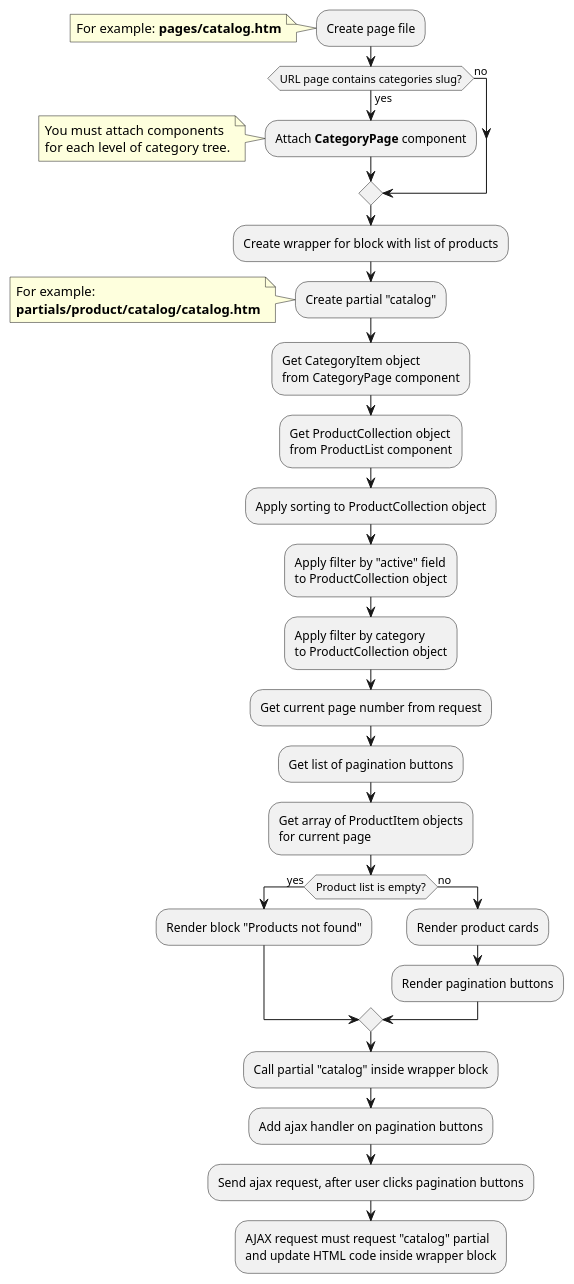
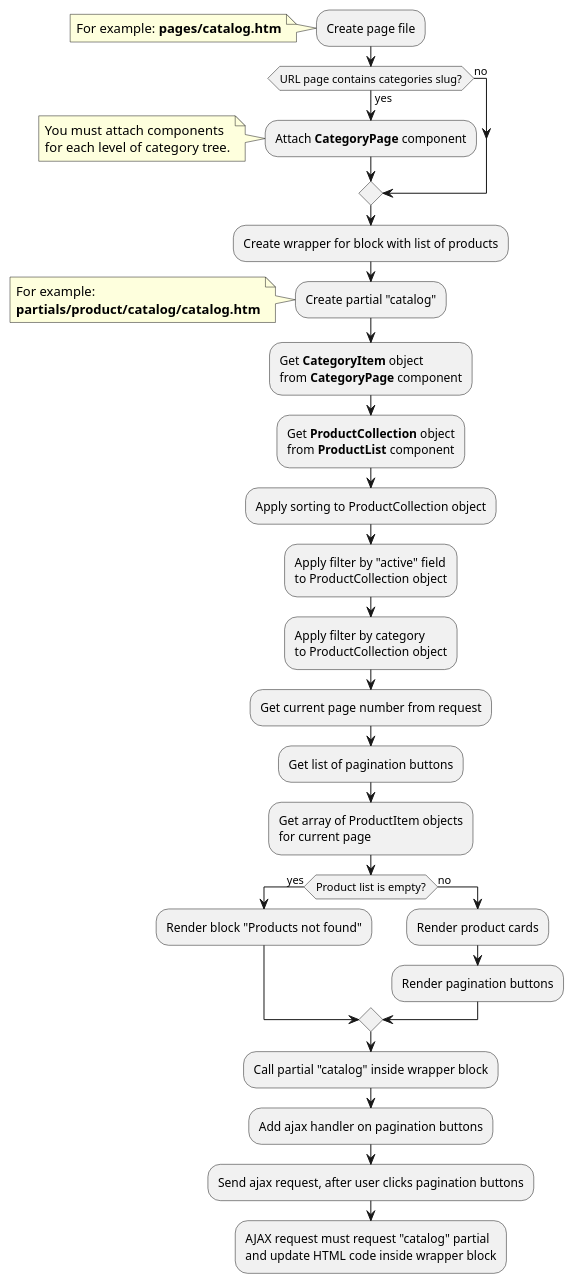
The second of 6 diagrams in modules/product/examples.md (oc-shopaholic/oc-shopaholic-docs), drawn with PlantUML before and after one commit. The commit also changed other lines of this file and 11 other files, not shown here.

````diff
--- a/modules/product/examples.md
+++ b/modules/product/examples.md
@@ -277,46 +104,46 @@
 ```plantuml
 @startuml
 :Create page file;
 note left
     For example: **pages/catalog.htm**
 end note
 if (URL page contains categories slug?) then (yes)
     :Attach **CategoryPage** component;
     note left
         You must attach components
         for each level of category tree.
     end note
 else (no)
 endif
 :Create wrapper for block with list of products;
 :Create partial "catalog";
 note left
     For example:
     **partials/product/catalog/catalog.htm**
 end note
-:Get CategoryItem object
-from CategoryPage component;
-:Get ProductCollection object
-from ProductList component;
+:Get **CategoryItem** object
+from **CategoryPage** component;
+:Get **ProductCollection** object
+from **ProductList** component;
 :Apply sorting to ProductCollection object;
 :Apply filter by "active" field
 to ProductCollection object;
 :Apply filter by category
 to ProductCollection object;
 :Get current page number from request;
 :Get list of pagination buttons;
 :Get array of ProductItem objects
 for current page;
 if (Product list is empty?) then (yes)
     :Render block "Products not found";
 else (no)
     :Render product cards;
     :Render pagination buttons;
 endif
 :Call partial "catalog" inside wrapper block;
 :Add ajax handler on pagination buttons;
 :Send ajax request, after user clicks pagination buttons;
 :AJAX request must request "catalog" partial
 and update HTML code inside wrapper block;
 @enduml
 ```
````
